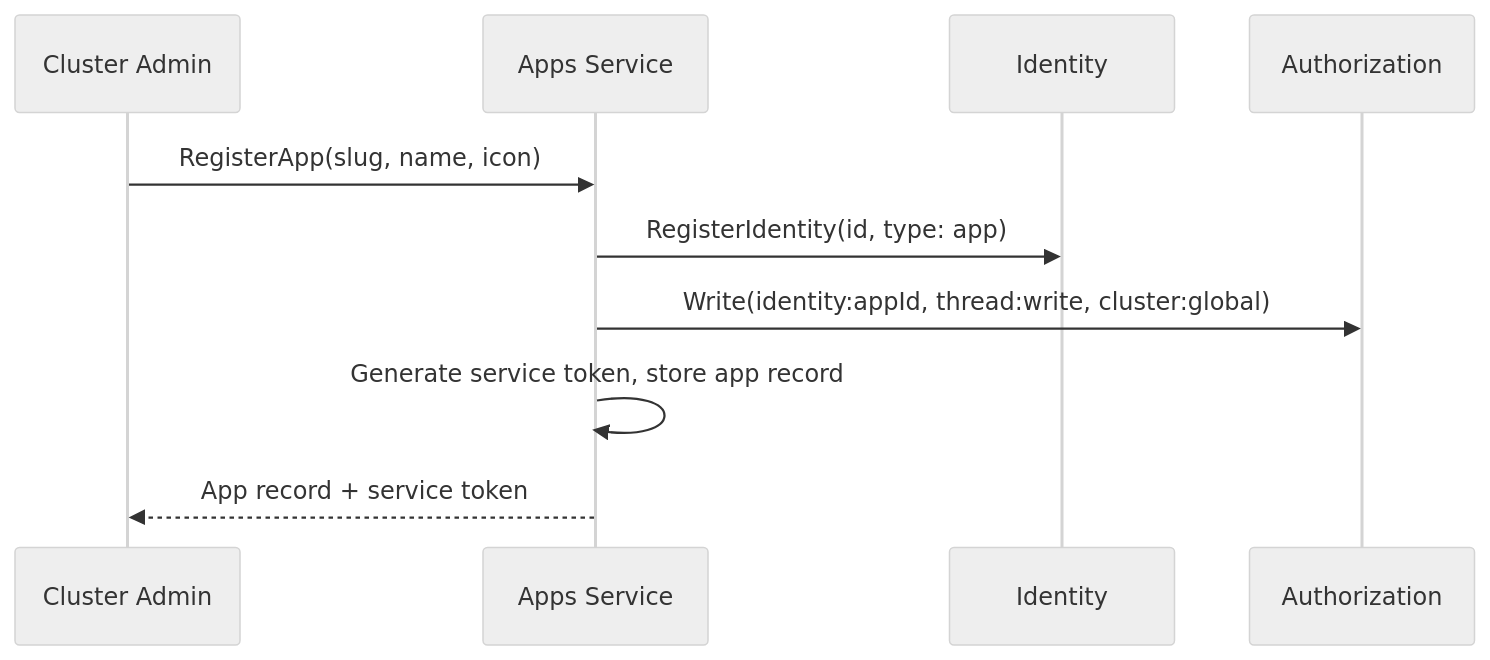
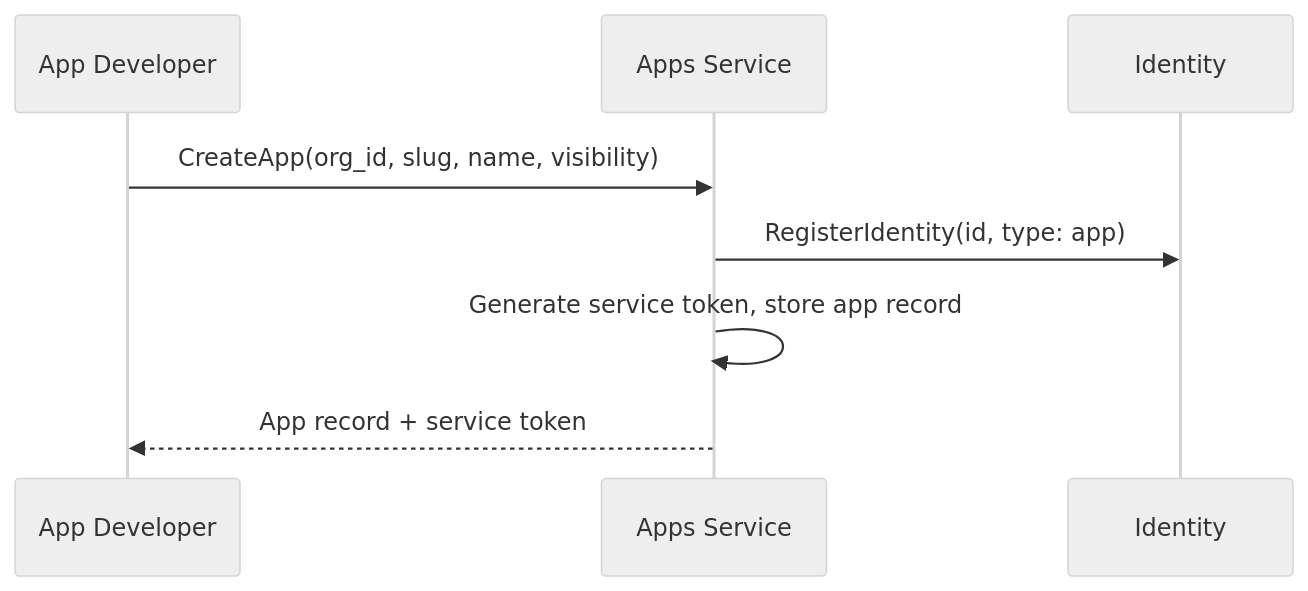
The first of 3 diagrams in architecture/apps-service.md (agynio/architecture), drawn with Mermaid (neutral theme) before and after one commit. The commit also changed other lines of this file and 6 other files, not shown here.

````diff
--- a/architecture/apps-service.md
+++ b/architecture/apps-service.md
@@ -34,13 +57,11 @@
 ```mermaid
 sequenceDiagram
-    participant Admin as Cluster Admin
+    participant Dev as App Developer
     participant AS as Apps Service
     participant I as Identity
-    participant Auth as Authorization
 
-    Admin->>AS: RegisterApp(slug, name, icon)
+    Dev->>AS: CreateApp(org_id, slug, name, visibility)
     AS->>I: RegisterIdentity(id, type: app)
-    AS->>Auth: Write(identity:appId, thread:write, cluster:global)
     AS->>AS: Generate service token, store app record
-    AS-->>Admin: App record + service token
+    AS-->>Dev: App record + service token
 ```
````
